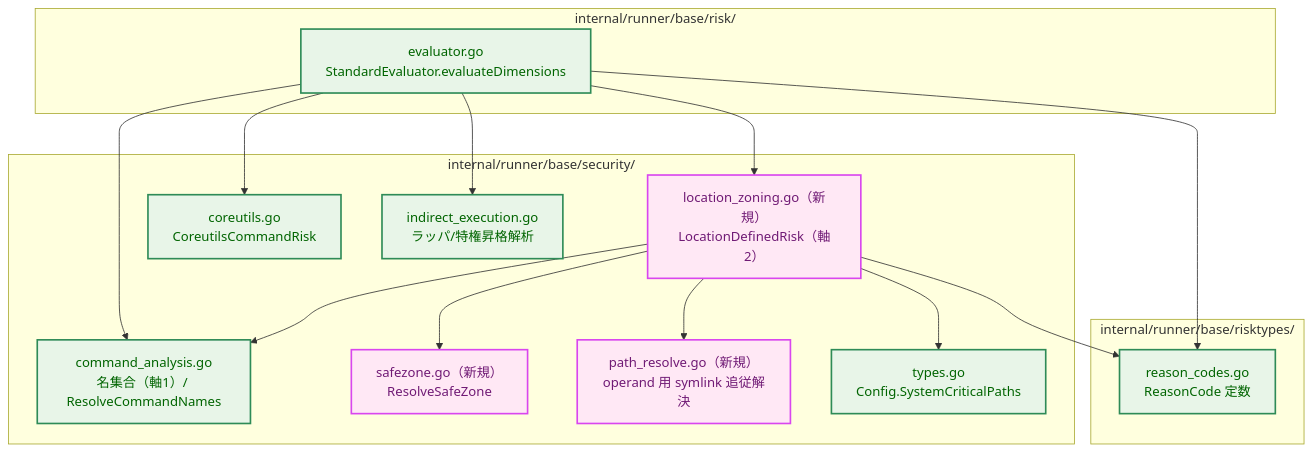
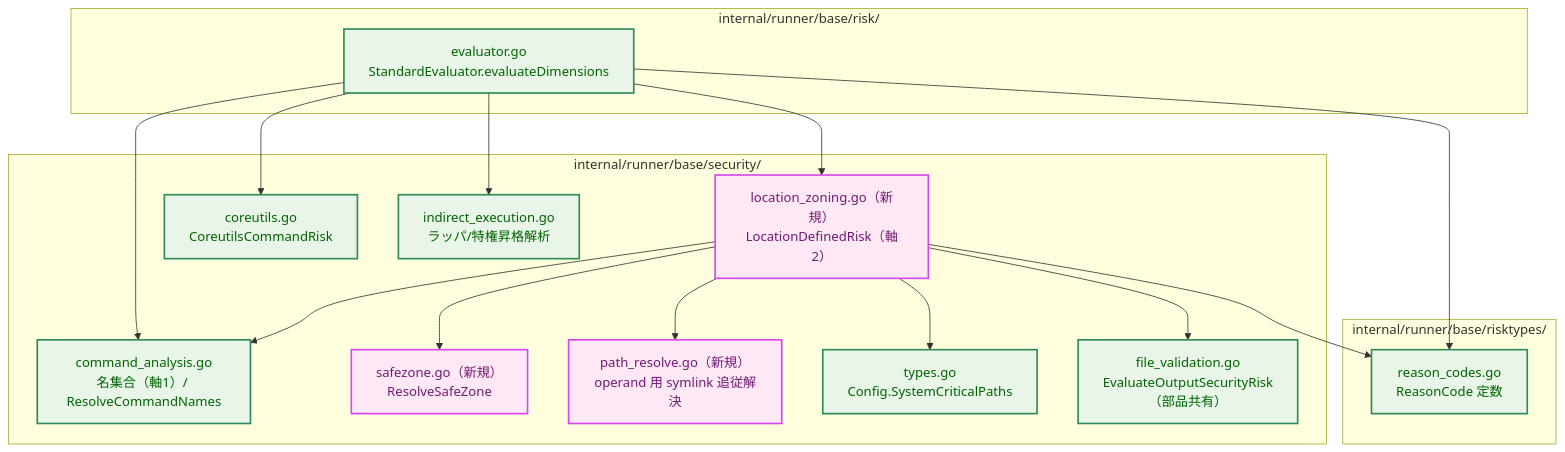
One commit to isseis/go-safe-cmd-runner changed the second of 6 diagrams in docs/tasks/0140_risk_level_classification_review/02_architecture.md. Above: the diagram before and after it, drawn with Mermaid. The commit also changed other lines of this file, not shown here.

Commit message:
docs(0140): address gemini/copilot — same-package Config, diagram FV node, link anchor
- ResolveSafeZone is in the security package, so the signature uses *Config (not
  *security.Config, which would be a self-reference).
- §2.1 component diagram now includes file_validation.go (FV) as a modified file
  sharing path-boundary helpers with axis-2; added the LZ->FV edge and the class.
- Add the #L31 anchor to the command_analysis.go:31 link (pkexec/profile reference).

````diff
--- a/docs/tasks/0140_risk_level_classification_review/02_architecture.md
+++ b/docs/tasks/0140_risk_level_classification_review/02_architecture.md
@@ -86,37 +86,39 @@
 ```mermaid
 graph TB
     classDef enhanced fill:#e8f5e8,stroke:#2e8b57,stroke-width:2px,color:#006400;
     classDef newpkg fill:#ffe8f5,stroke:#d946ef,stroke-width:2px,color:#701a75;
 
     subgraph risk ["internal/runner/base/risk/"]
         EV["evaluator.go<br>StandardEvaluator.evaluateDimensions"]
     end
 
     subgraph sec ["internal/runner/base/security/"]
         CA["command_analysis.go<br>名集合（軸1）/ ResolveCommandNames"]
         LZ["location_zoning.go（新規）<br>LocationDefinedRisk（軸2）"]
         SZ["safezone.go（新規）<br>ResolveSafeZone"]
         PR["path_resolve.go（新規）<br>operand 用 symlink 追従解決"]
         CU["coreutils.go<br>CoreutilsCommandRisk"]
         IE["indirect_execution.go<br>ラッパ/特権昇格解析"]
         TY["types.go<br>Config.SystemCriticalPaths"]
+        FV["file_validation.go<br>EvaluateOutputSecurityRisk（部品共有）"]
     end
 
     subgraph rtypes ["internal/runner/base/risktypes/"]
         RC["reason_codes.go<br>ReasonCode 定数"]
     end
 
     EV --> CA
     EV --> LZ
     EV --> CU
     EV --> IE
     LZ --> SZ
     LZ --> PR
     LZ --> CA
     LZ --> TY
+    LZ --> FV
     EV --> RC
     LZ --> RC
 
-    class CA,CU,IE,EV,TY,RC enhanced
+    class CA,CU,IE,EV,TY,RC,FV enhanced
     class LZ,SZ,PR newpkg
 ```
````
